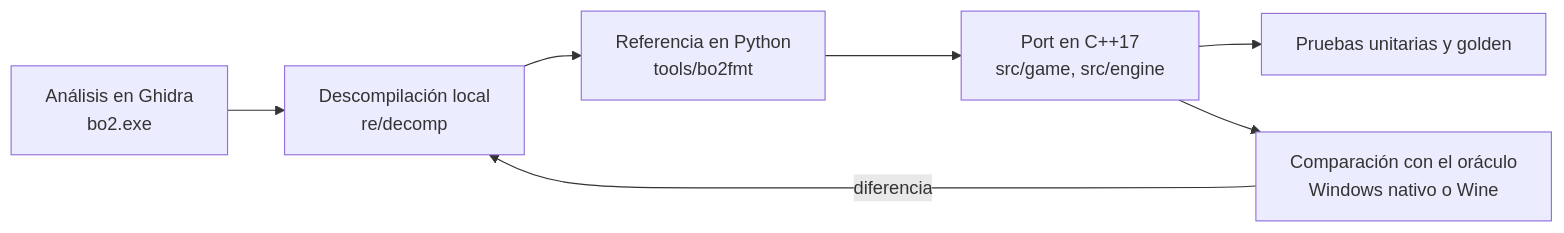
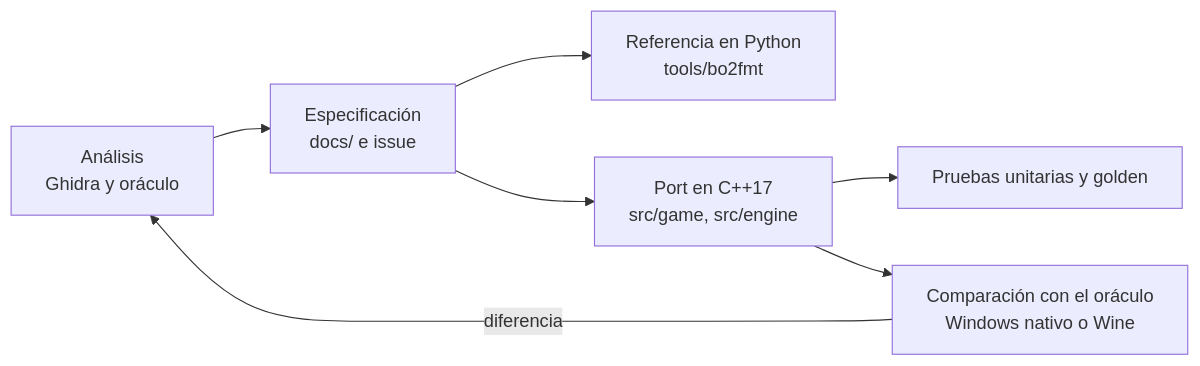
The second of 2 diagrams in README.md (felipesuarez-dev/BloodOmen2NX), drawn with Mermaid before and after one commit. The commit also changed other lines of this file and 3 other files, not shown here.

````diff
--- a/README.md
+++ b/README.md
@@ -254,9 +254,9 @@
 ```mermaid
 flowchart LR
-    A[Análisis en Ghidra<br/>bo2.exe] --> B[Descompilación local<br/>re/decomp]
+    A[Análisis<br/>Ghidra y oráculo] --> B[Especificación<br/>docs/ e issue]
     B --> C[Referencia en Python<br/>tools/bo2fmt]
-    C --> D[Port en C++17<br/>src/game, src/engine]
+    B --> D[Port en C++17<br/>src/game, src/engine]
     D --> E[Pruebas unitarias y golden]
     D --> F[Comparación con el oráculo<br/>Windows nativo o Wine]
-    F -->|diferencia| B
+    F -->|diferencia| A
 ```
````
